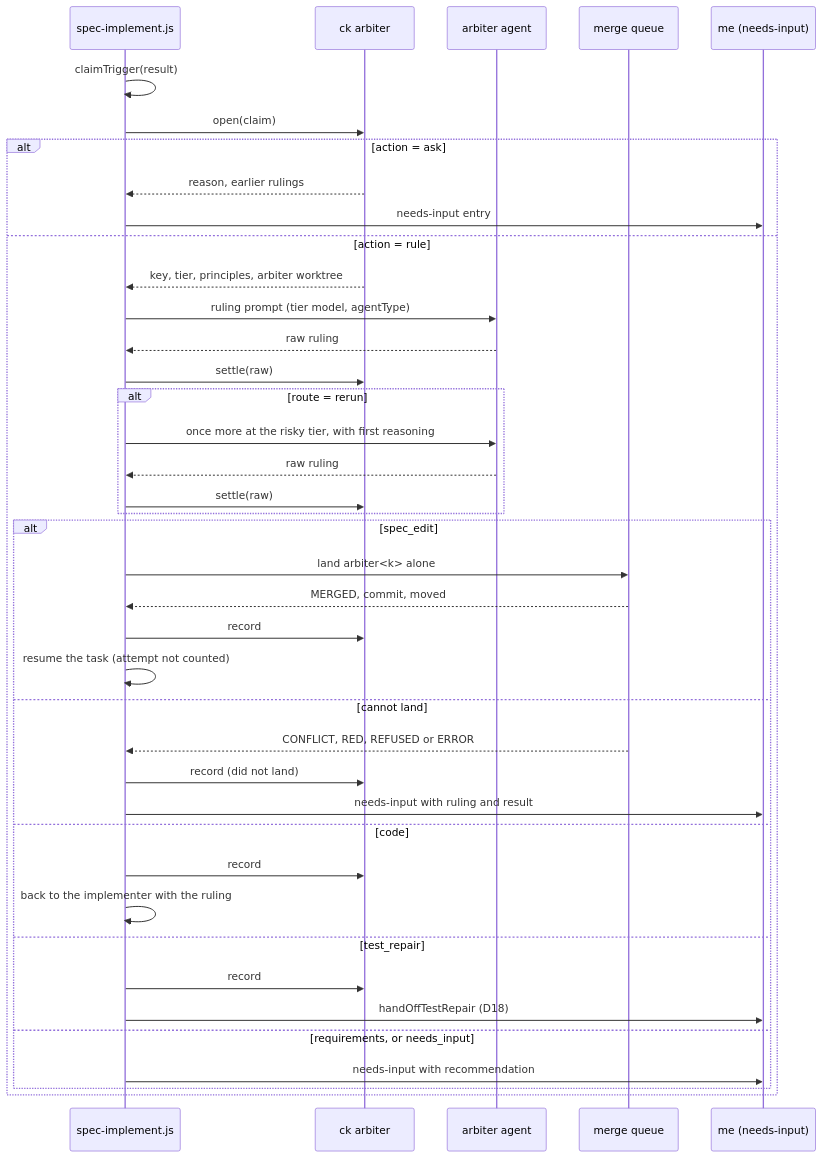
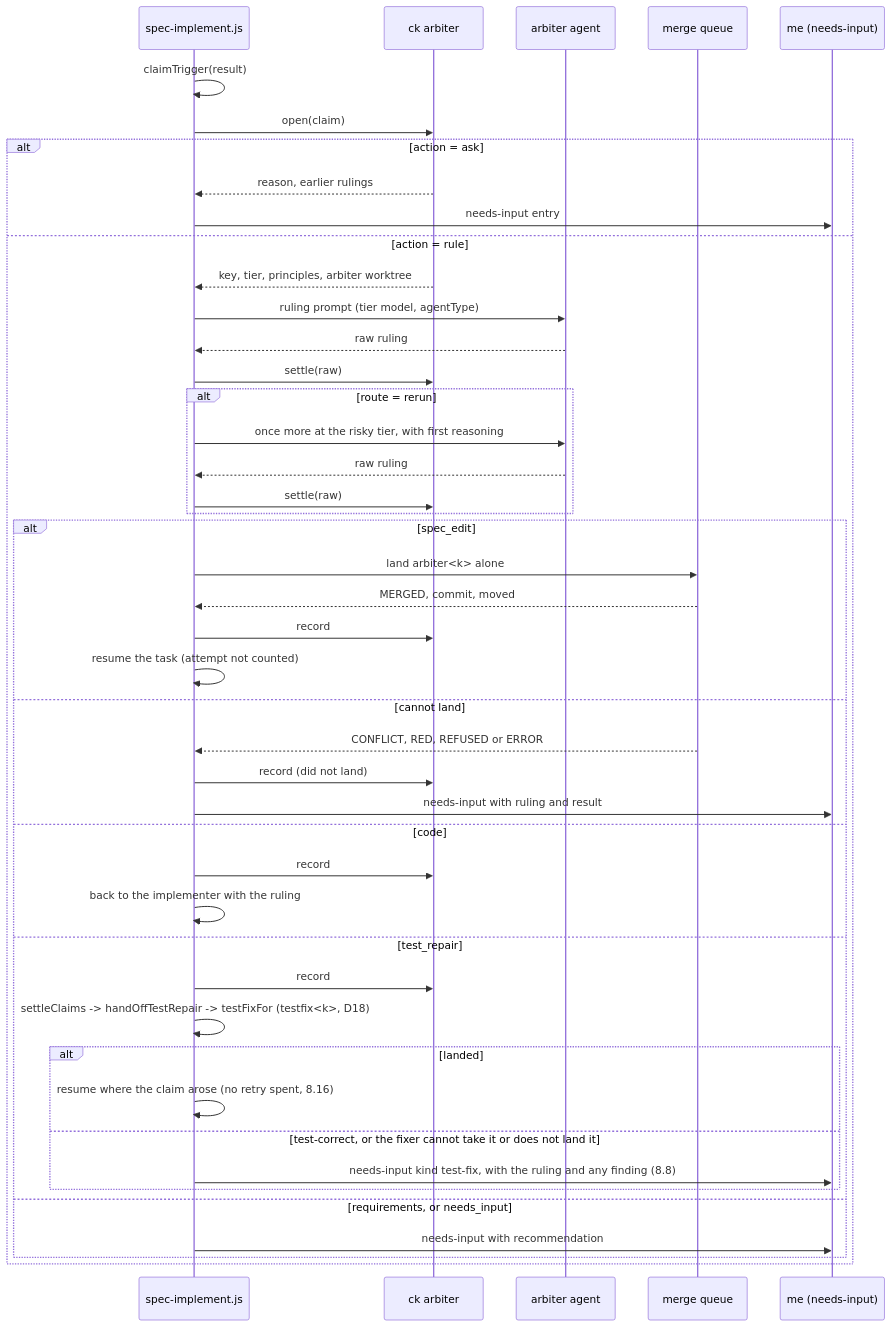
One commit to kutlayhanli/claude-kiro changed the first of 2 diagrams in specs/run-principles/design.md. Above: the diagram before and after it, drawn with Mermaid. The commit also changed other lines of this file and 5 other files, not shown here.

````diff
--- a/specs/run-principles/design.md
+++ b/specs/run-principles/design.md
@@ -570,42 +587,47 @@
 ```mermaid
 sequenceDiagram
     participant W as spec-implement.js
     participant A as ck arbiter
     participant J as arbiter agent
     participant Q as merge queue
     participant M as me (needs-input)
     W->>W: claimTrigger(result)
     W->>A: open(claim)
     alt action = ask
         A-->>W: reason, earlier rulings
         W->>M: needs-input entry
     else action = rule
         A-->>W: key, tier, principles, arbiter worktree
         W->>J: ruling prompt (tier model, agentType)
         J-->>W: raw ruling
         W->>A: settle(raw)
         alt route = rerun
             W->>J: once more at the risky tier, with first reasoning
             J-->>W: raw ruling
             W->>A: settle(raw)
         end
         alt spec_edit
             W->>Q: land arbiter<k> alone
             Q-->>W: MERGED, commit, moved
             W->>A: record
             W->>W: resume the task (attempt not counted)
         else cannot land
             Q-->>W: CONFLICT, RED, REFUSED or ERROR
             W->>A: record (did not land)
             W->>M: needs-input with ruling and result
         else code
             W->>A: record
             W->>W: back to the implementer with the ruling
         else test_repair
             W->>A: record
-            W->>M: handOffTestRepair (D18)
+            W->>W: settleClaims -> handOffTestRepair -> testFixFor (testfix<k>, D18)
+            alt landed
+                W->>W: resume where the claim arose (no retry spent, 8.16)
+            else test-correct, or the fixer cannot take it or does not land it
+                W->>M: needs-input kind test-fix, with the ruling and any finding (8.8)
+            end
         else requirements, or needs_input
             W->>M: needs-input with recommendation
         end
     end
 ```
````
